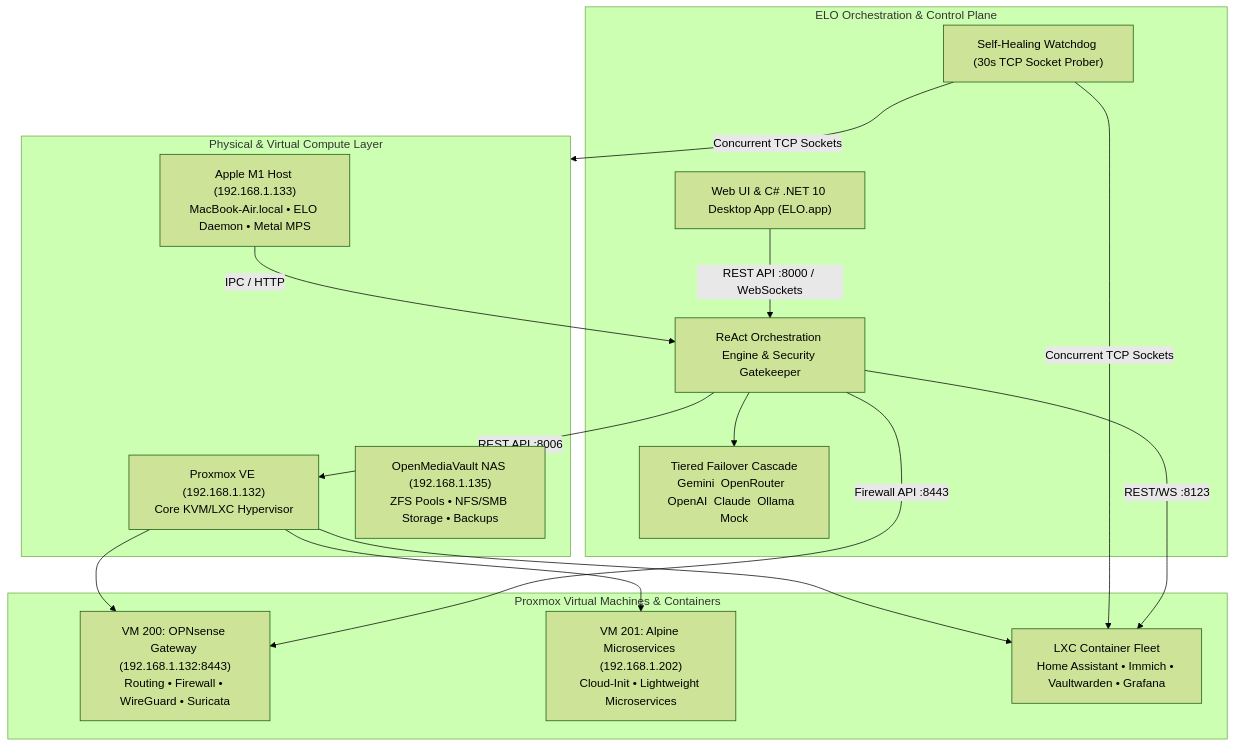
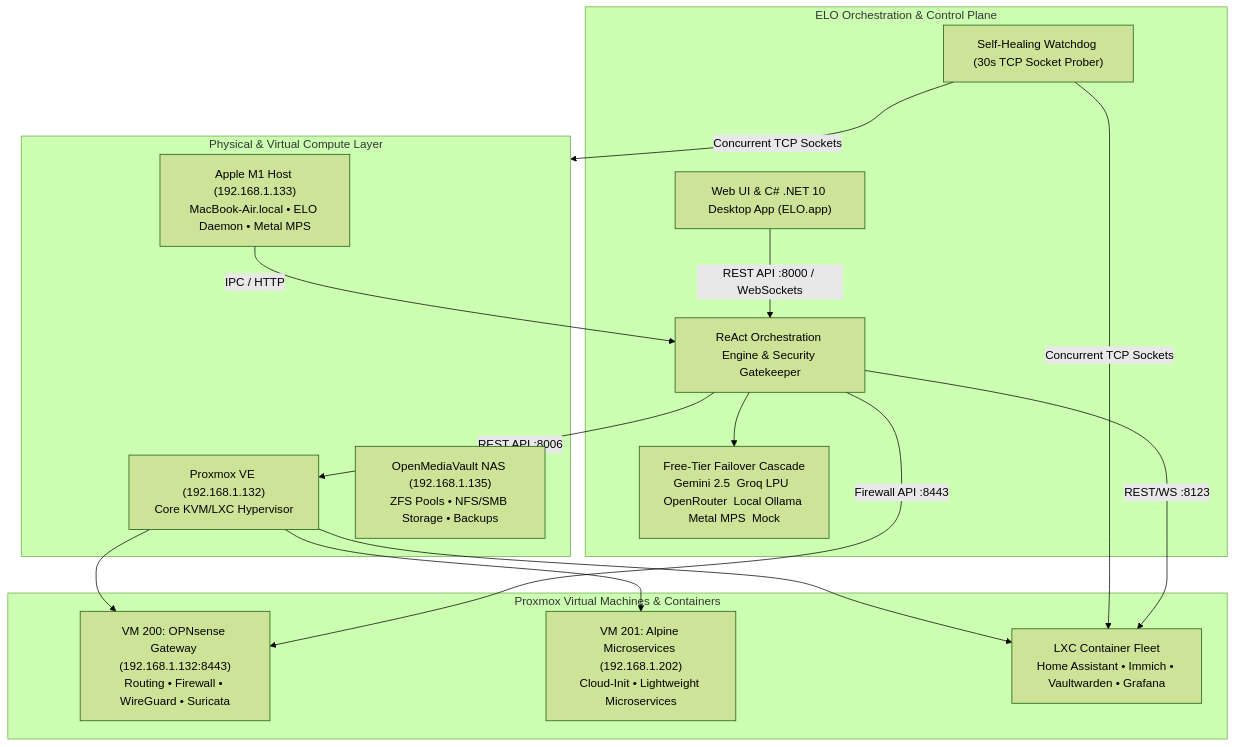
The first of 5 diagrams in README.md (stefanutc1/datacenter), drawn with Mermaid (forest theme) before and after one commit. The commit also changed other lines of this file and 31 other files, not shown here.

````diff
--- a/README.md
+++ b/README.md
@@ -58,33 +58,33 @@
 ```mermaid
 flowchart TB
     subgraph ComputeNodes["Physical & Virtual Compute Layer"]
         M1["Apple M1 Host (192.168.1.133)<br/>MacBook-Air.local • ELO Daemon • Metal MPS"]
         PVE["Proxmox VE (192.168.1.132)<br/>Core KVM/LXC Hypervisor"]
         NAS["OpenMediaVault NAS (192.168.1.135)<br/>ZFS Pools • NFS/SMB Storage • Backups"]
     end
 
     subgraph VirtualLayer["Proxmox Virtual Machines & Containers"]
         VM200["VM 200: OPNsense Gateway (192.168.1.132:8443)<br/>Routing • Firewall • WireGuard • Suricata"]
         VM201["VM 201: Alpine Microservices (192.168.1.202)<br/>Cloud-Init • Lightweight Microservices"]
         LXC["LXC Container Fleet<br/>Home Assistant • Immich • Vaultwarden • Grafana"]
     end
 
     subgraph ELOSubsystem["ELO Orchestration & Control Plane"]
         WebDesktop["Web UI & C# .NET 10 Desktop App (ELO.app)"]
         ReActEngine["ReAct Orchestration Engine & Security Gatekeeper"]
         Watchdog["Self-Healing Watchdog (30s TCP Socket Prober)"]
-        Cascade["Tiered Failover Cascade<br/>Gemini  OpenRouter  OpenAI  Claude  Ollama  Mock"]
+        Cascade["Free-Tier Failover Cascade<br/>Gemini 2.5  Groq LPU  OpenRouter  Local Ollama Metal MPS  Mock"]
     end
 
     M1 -->|IPC / HTTP| ReActEngine
     WebDesktop -->|REST API :8000 / WebSockets| ReActEngine
     ReActEngine --> Cascade
     ReActEngine -->|REST API :8006| PVE
     ReActEngine -->|REST/WS :8123| LXC
     ReActEngine -->|Firewall API :8443| VM200
     Watchdog -->|Concurrent TCP Sockets| ComputeNodes
     Watchdog -->|Concurrent TCP Sockets| LXC
     PVE --> VM200
     PVE --> VM201
     PVE --> LXC
 ```
````
